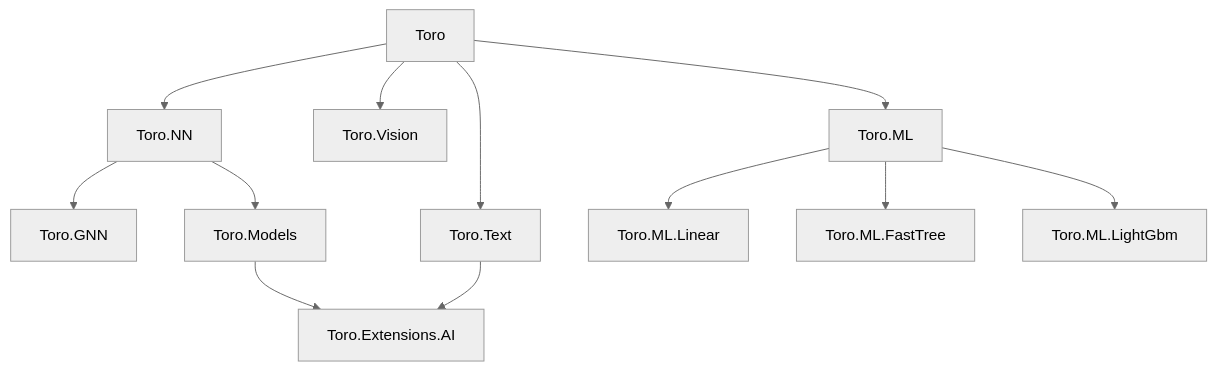
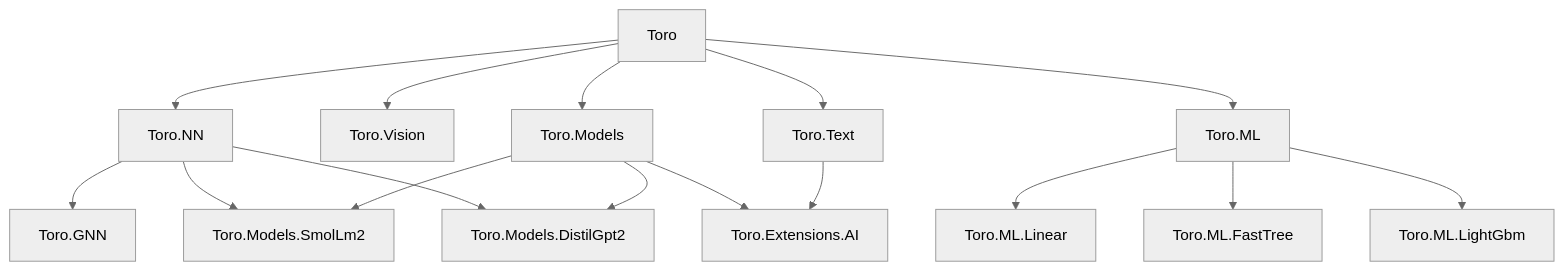
Before and after one commit to toro-ml/toro: the diagram in CODEMAP.md, drawn with Mermaid (neutral theme). The commit also changed other lines of this file and 31 other files, not shown here.

````diff
--- a/CODEMAP.md
+++ b/CODEMAP.md
@@ -9,14 +9,18 @@
 ```mermaid
 flowchart TD
     Toro --> Toro.NN
     Toro --> Toro.Vision
     Toro --> Toro.Text
     Toro --> Toro.ML
+    Toro --> Toro.Models
     Toro.ML --> Toro.ML.Linear
     Toro.ML --> Toro.ML.FastTree
     Toro.ML --> Toro.ML.LightGbm
     Toro.NN --> Toro.GNN
-    Toro.NN --> Toro.Models
+    Toro.NN --> Toro.Models.SmolLm2
+    Toro.Models --> Toro.Models.SmolLm2
+    Toro.NN --> Toro.Models.DistilGpt2
+    Toro.Models --> Toro.Models.DistilGpt2
     Toro.Models --> Toro.Extensions.AI
     Toro.Text --> Toro.Extensions.AI
 ```
````
